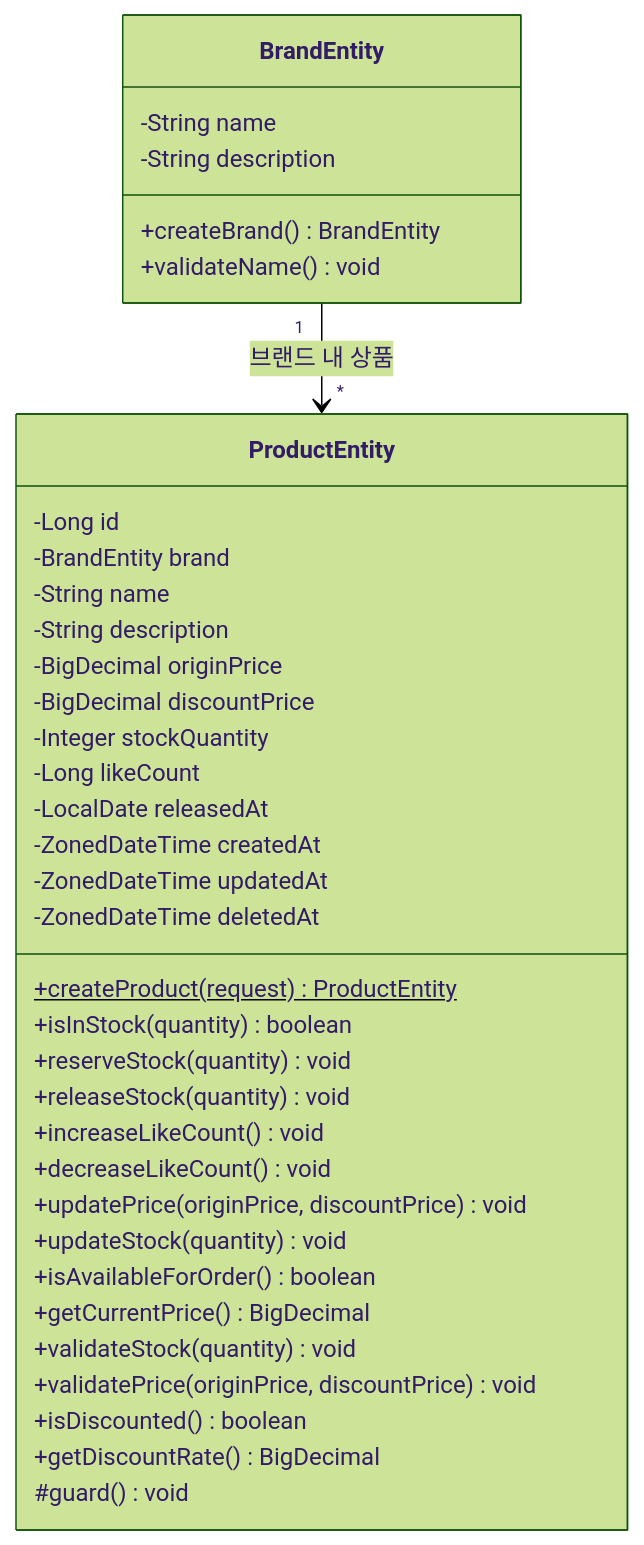
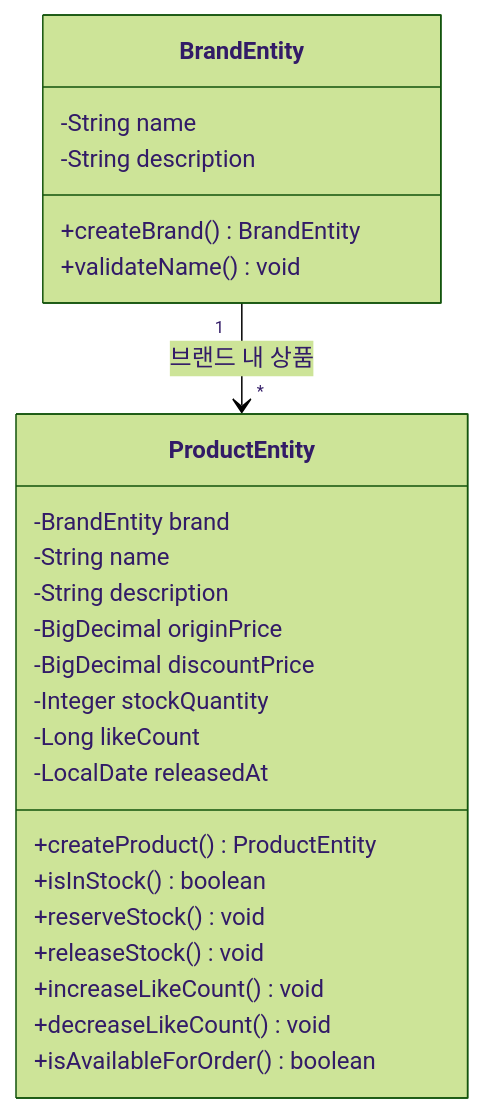
Before and after one commit to hyujikoh/loopers-spring-java-template: the third of 5 diagrams in docs/week2/03-class-diagram.md, drawn with Mermaid (forest theme).

Commit message:
docs(class-diagram): ProductEntity 클래스 다이어그램 수정
- ProductEntity의 속성 및 메서드 정의 정리
- 불필요한 속성 제거 및 메서드 시그니처 간소화

````diff
--- a/docs/week2/03-class-diagram.md
+++ b/docs/week2/03-class-diagram.md
@@ -165,42 +165,29 @@
 ```mermaid
 classDiagram
     class BrandEntity {
         -String name
         -String description
         +createBrand() BrandEntity
         +validateName() void
     }
 
     class ProductEntity {
-        -Long id
         -BrandEntity brand
         -String name
         -String description
         -BigDecimal originPrice
         -BigDecimal discountPrice
         -Integer stockQuantity
         -Long likeCount
         -LocalDate releasedAt
-        -ZonedDateTime createdAt
-        -ZonedDateTime updatedAt
-        -ZonedDateTime deletedAt
-        
-        +createProduct(request) ProductEntity$
-        +isInStock(quantity) boolean
-        +reserveStock(quantity) void
-        +releaseStock(quantity) void
+        +createProduct() ProductEntity
+        +isInStock() boolean
+        +reserveStock() void
+        +releaseStock() void
         +increaseLikeCount() void
         +decreaseLikeCount() void
-        +updatePrice(originPrice, discountPrice) void
-        +updateStock(quantity) void
         +isAvailableForOrder() boolean
-        +getCurrentPrice() BigDecimal
-        +validateStock(quantity) void
-        +validatePrice(originPrice, discountPrice) void
-        +isDiscounted() boolean
-        +getDiscountRate() BigDecimal
-        #guard() void
     }
 
     BrandEntity "1" --> "*" ProductEntity : 브랜드 내 상품
 ```
````
